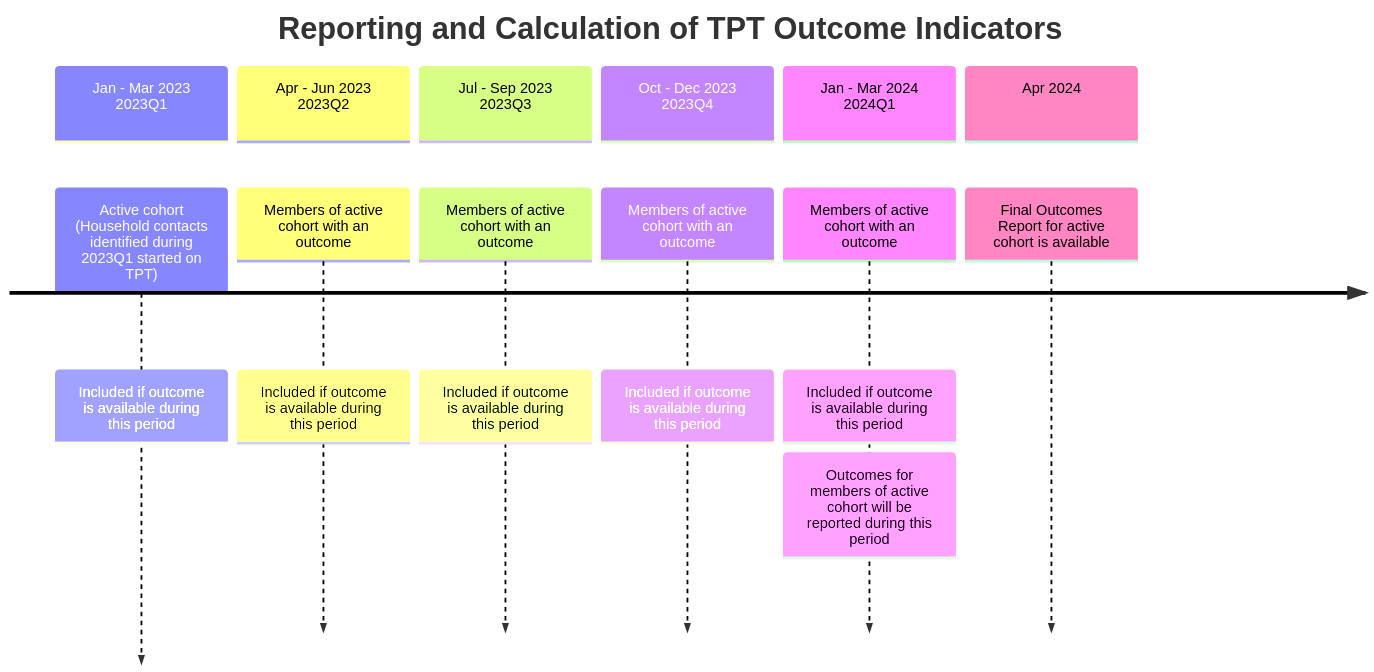
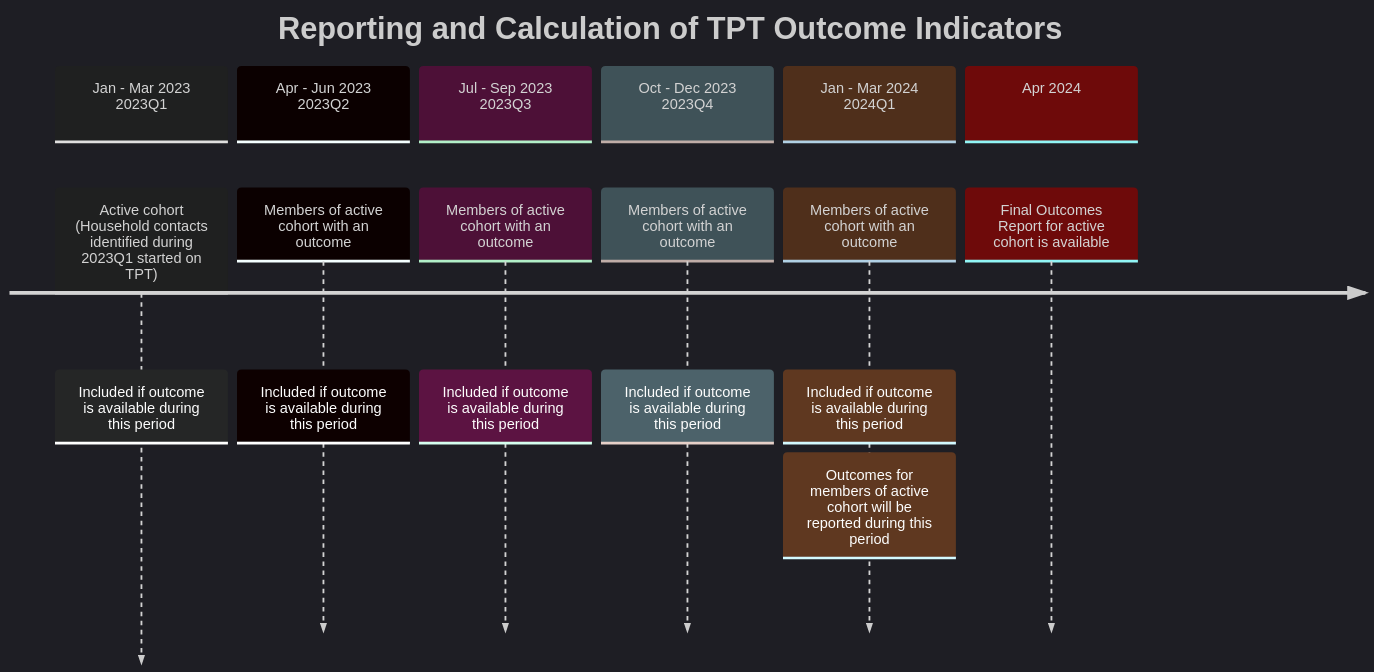
One commit to dhis2-metadata/TB_HH changed the diagram in docs/tb_hh-design.md. Above: the diagram before and after it, drawn with Mermaid.

````diff
--- a/docs/tb_hh-design.md
+++ b/docs/tb_hh-design.md
@@ -10,19 +10,19 @@
  ```mermaid
 
-%%{init: {'mirrorActors': false } }%%
+%%{init: {'mirrorActors': false, 'theme': 'dark' } }%%
 timeline
     title Reporting and Calculation of TPT Outcome Indicators
     section Jan - Mar 2023 <br> 2023Q1
       Active cohort (Household contacts identified during 2023Q1 started on TPT): Included if outcome is available during this period
     section Apr - Jun 2023 <br> 2023Q2
       Members of active cohort with an outcome: Included if outcome is available during this period
     section Jul - Sep 2023 <br> 2023Q3
       Members of active cohort with an outcome: Included if outcome is available during this period
     section Oct - Dec 2023 <br> 2023Q4
       Members of active cohort with an outcome: Included if outcome is available during this period
     section Jan - Mar 2024 <br> 2024Q1
       Members of active cohort with an outcome: Included if outcome is available during this period: Outcomes for members of active cohort will be reported during this period
     section Apr 2024
       Final Outcomes Report for active cohort is available
 
 ```
````
